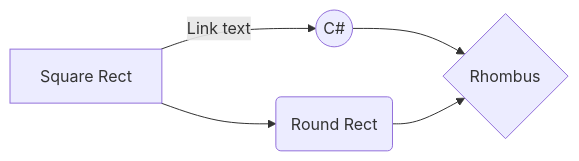
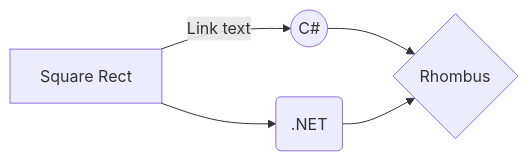
One commit to ViniciusVitorinoSantos/EstudosCS changed the diagram in README.md. Above: the diagram before and after it, drawn with Mermaid.

````diff
--- a/README.md
+++ b/README.md
@@ -4,7 +4,7 @@
 ```mermaid
 graph LR
 A[Square Rect] -- Link text --> B((C#))
-A --> C(Round Rect)
+A --> C(.NET)
 B --> D{Rhombus}
 C --> D
 ```
````
